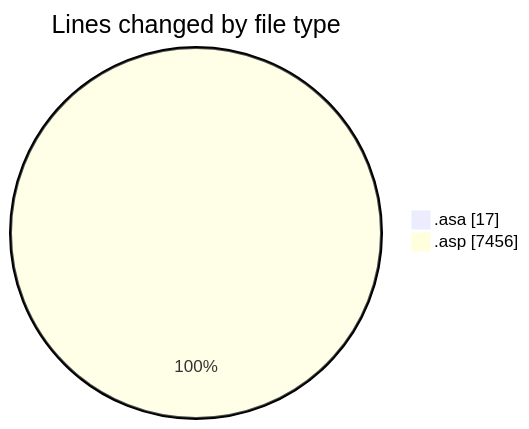
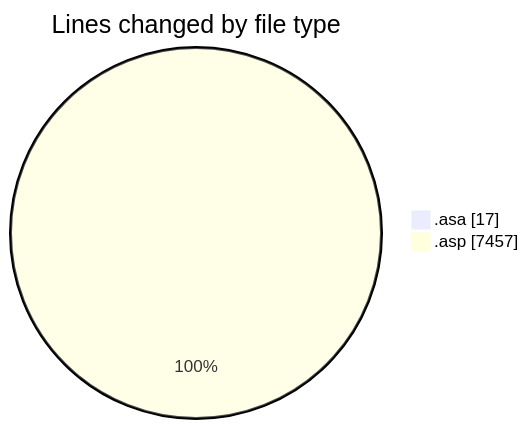
The first of 2 diagrams in 2025-11-06/usr_aleoudev_fr__workspace_/README.md (julien-gomy/code-tracking), drawn with Mermaid before and after one commit. The commit also changed other lines of this file and 1 other file, not shown here.

````diff
--- a/2025-11-06/usr_aleoudev_fr__workspace_/README.md
+++ b/2025-11-06/usr_aleoudev_fr__workspace_/README.md
@@ -24,6 +24,6 @@
 ```mermaid
 pie showData
 title Lines changed by file type
 ".asa" : 17
-".asp" : 7456
+".asp" : 7457
 ```
````
